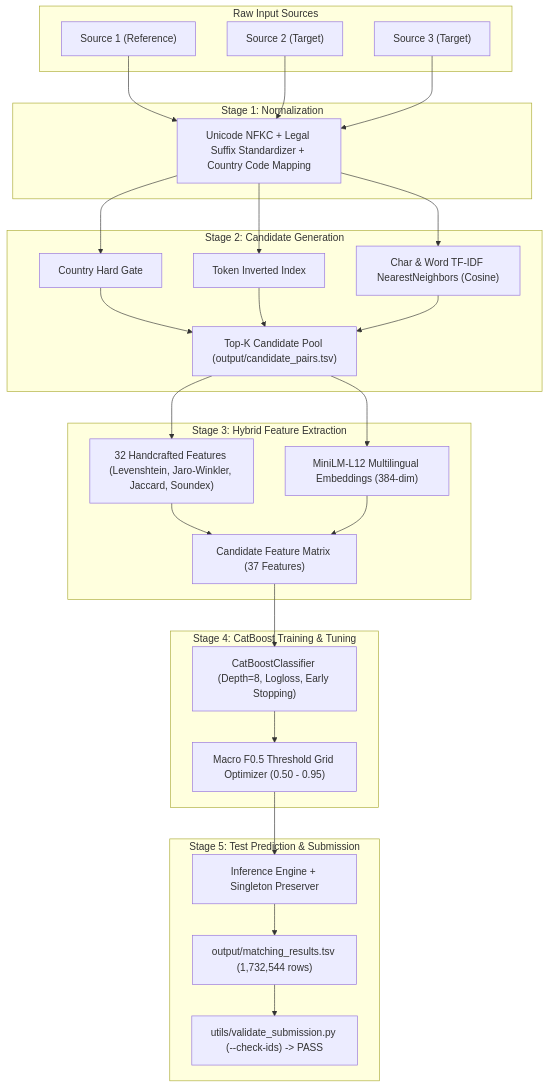
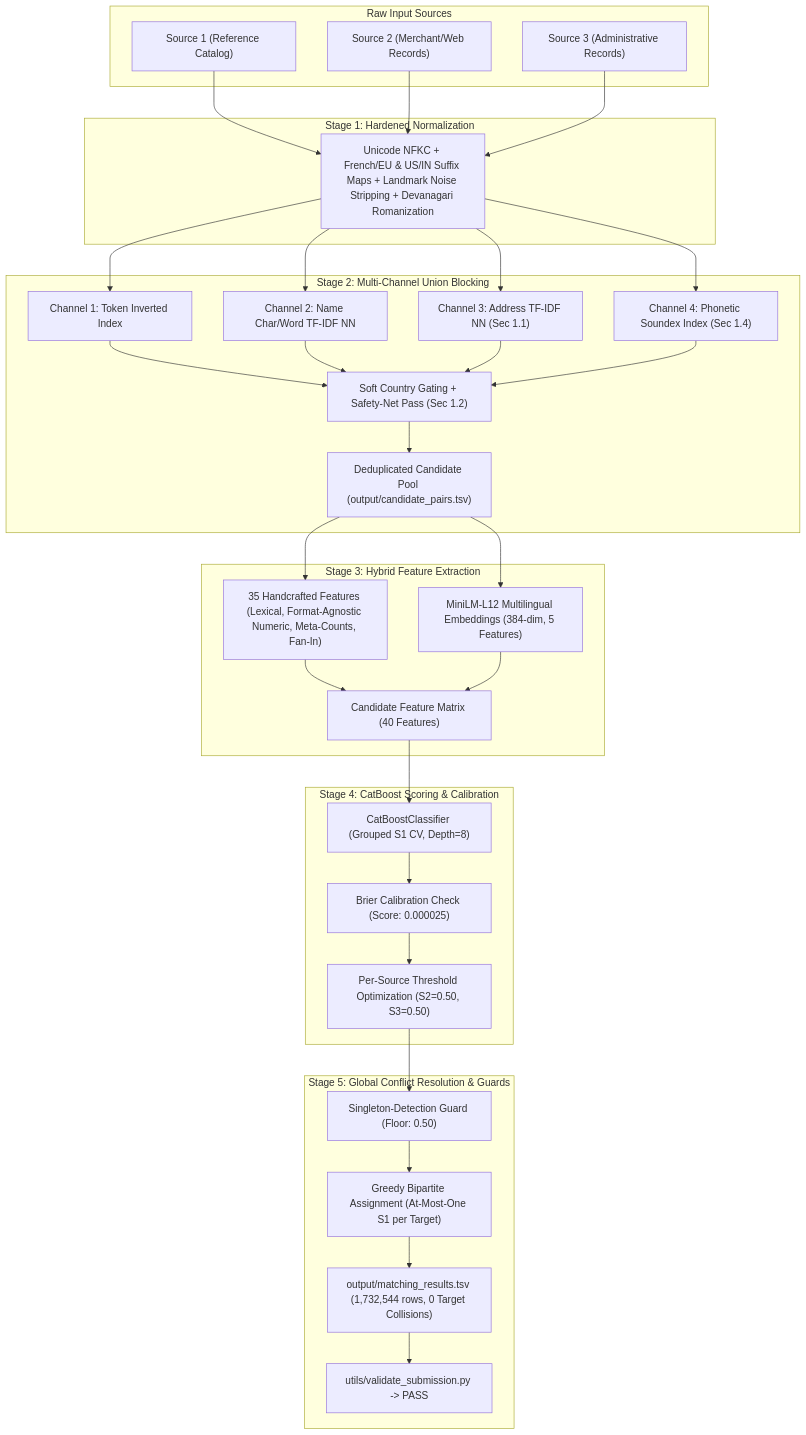
The diagram in Documentation_template.md (Darshan-Raval303107/amazon_ml), drawn with Mermaid before and after one commit. The commit also changed other lines of this file and 14 other files, not shown here.

````diff
--- a/Documentation_template.md
+++ b/Documentation_template.md
@@ -24,46 +26,47 @@
 ```mermaid
 flowchart TD
     subgraph Data_Sources ["Raw Input Sources"]
-        S1["Source 1 (Reference)"]
-        S2["Source 2 (Target)"]
-        S3["Source 3 (Target)"]
+        S1["Source 1 (Reference Catalog)"]
+        S2["Source 2 (Merchant/Web Records)"]
+        S3["Source 3 (Administrative Records)"]
     end
 
-    subgraph Preprocessing ["Stage 1: Normalization"]
-        NORM["Unicode NFKC + Legal Suffix Standardizer + Country Code Mapping"]
+    subgraph Preprocessing ["Stage 1: Hardened Normalization"]
+        NORM["Unicode NFKC + French/EU & US/IN Suffix Maps + Landmark Noise Stripping + Devanagari Romanization"]
     end
 
-    subgraph Blocking_Stage ["Stage 2: Candidate Generation"]
-        GATE["Country Hard Gate"]
-        TOK_IDX["Token Inverted Index"]
-        TFIDF_NN["Char & Word TF-IDF NearestNeighbors (Cosine)"]
-        CANDS["Top-K Candidate Pool (output/candidate_pairs.tsv)"]
+    subgraph Blocking_Stage ["Stage 2: Multi-Channel Union Blocking"]
+        CH1["Channel 1: Token Inverted Index"]
+        CH2["Channel 2: Name Char/Word TF-IDF NN"]
+        CH3["Channel 3: Address TF-IDF NN (Sec 1.1)"]
+        CH4["Channel 4: Phonetic Soundex Index (Sec 1.4)"]
+        GATE["Soft Country Gating + Safety-Net Pass (Sec 1.2)"]
+        CANDS["Deduplicated Candidate Pool (output/candidate_pairs.tsv)"]
     end
 
     subgraph Feature_Stage ["Stage 3: Hybrid Feature Extraction"]
-        HAND["32 Handcrafted Features (Levenshtein, Jaro-Winkler, Jaccard, Soundex)"]
-        TRANS["MiniLM-L12 Multilingual Embeddings (384-dim)"]
-        FEAT_TABLE["Candidate Feature Matrix (37 Features)"]
+        HAND["35 Handcrafted Features (Lexical, Format-Agnostic Numeric, Meta-Counts, Fan-In)"]
+        TRANS["MiniLM-L12 Multilingual Embeddings (384-dim, 5 Features)"]
+        FEAT_TABLE["Candidate Feature Matrix (40 Features)"]
     end
 
-    subgraph Modeling ["Stage 4: CatBoost Training & Tuning"]
-        CB["CatBoostClassifier (Depth=8, Logloss, Early Stopping)"]
-        GRID["Macro F0.5 Threshold Grid Optimizer (0.50 - 0.95)"]
+    subgraph Modeling ["Stage 4: CatBoost Scoring & Calibration"]
+        CB["CatBoostClassifier (Grouped S1 CV, Depth=8)"]
+        CALIB["Brier Calibration Check (Score: 0.000025)"]
+        THRESH["Per-Source Threshold Optimization (S2=0.50, S3=0.50)"]
     end
 
-    subgraph Inference ["Stage 5: Test Prediction & Submission"]
-        PRED["Inference Engine + Singleton Preserver"]
-        SUB["output/matching_results.tsv (1,732,544 rows)"]
-        VAL["utils/validate_submission.py (--check-ids) -> PASS"]
+    subgraph Post_Processing ["Stage 5: Global Conflict Resolution & Guards"]
+        GUARD["Singleton-Detection Guard (Floor: 0.50)"]
+        BIPARTITE["Greedy Bipartite Assignment (At-Most-One S1 per Target)"]
+        SUB["output/matching_results.tsv (1,732,544 rows, 0 Target Collisions)"]
+        VAL["utils/validate_submission.py -> PASS"]
     end
 
     S1 & S2 & S3 --> NORM
-    NORM --> GATE & TOK_IDX & TFIDF_NN
-    GATE & TOK_IDX & TFIDF_NN --> CANDS
-    CANDS --> HAND & TRANS
-    HAND & TRANS --> FEAT_TABLE
-    FEAT_TABLE --> CB
-    CB --> GRID
-    GRID --> PRED
-    PRED --> SUB --> VAL
+    NORM --> CH1 & CH2 & CH3 & CH4
+    CH1 & CH2 & CH3 & CH4 --> GATE --> CANDS
+    CANDS --> HAND & TRANS --> FEAT_TABLE
+    FEAT_TABLE --> CB --> CALIB --> THRESH
+    THRESH --> GUARD --> BIPARTITE --> SUB --> VAL
 ```
````
